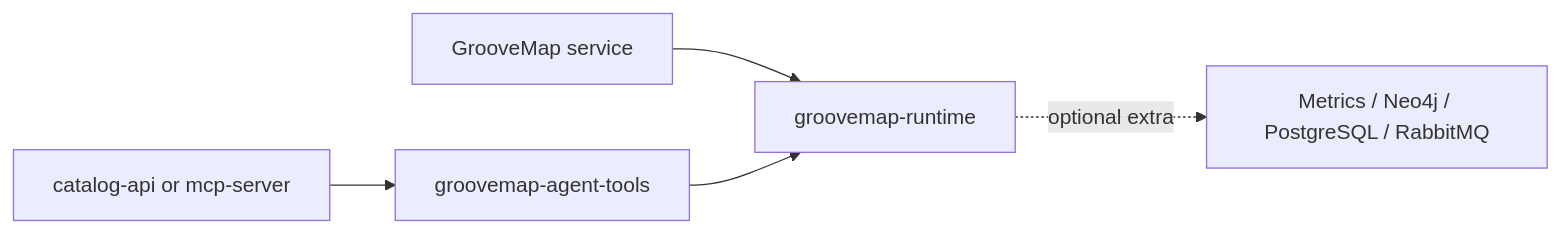
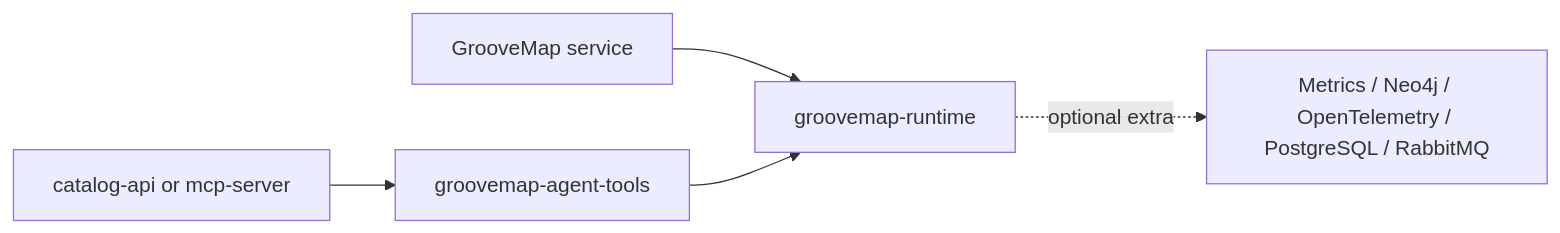
One commit to groovemap-music/python-libraries changed the diagram in README.md. Above: the diagram before and after it, drawn with Mermaid. The commit also changed other lines of this file and 7 other files, not shown here.

First line of the commit message:
feat(telemetry): add common.telemetry OTLP/HTTP metrics bootstrap

````diff
--- a/README.md
+++ b/README.md
@@ -16,7 +17,7 @@
 ```mermaid
 flowchart LR
     Service[GrooveMap service] --> Runtime[groovemap-runtime]
     API[catalog-api or mcp-server] --> Tools[groovemap-agent-tools]
     Tools --> Runtime
-    Runtime -. optional extra .-> Backend[Metrics / Neo4j / PostgreSQL / RabbitMQ]
+    Runtime -. optional extra .-> Backend[Metrics / Neo4j / OpenTelemetry / PostgreSQL / RabbitMQ]
 ```
````
